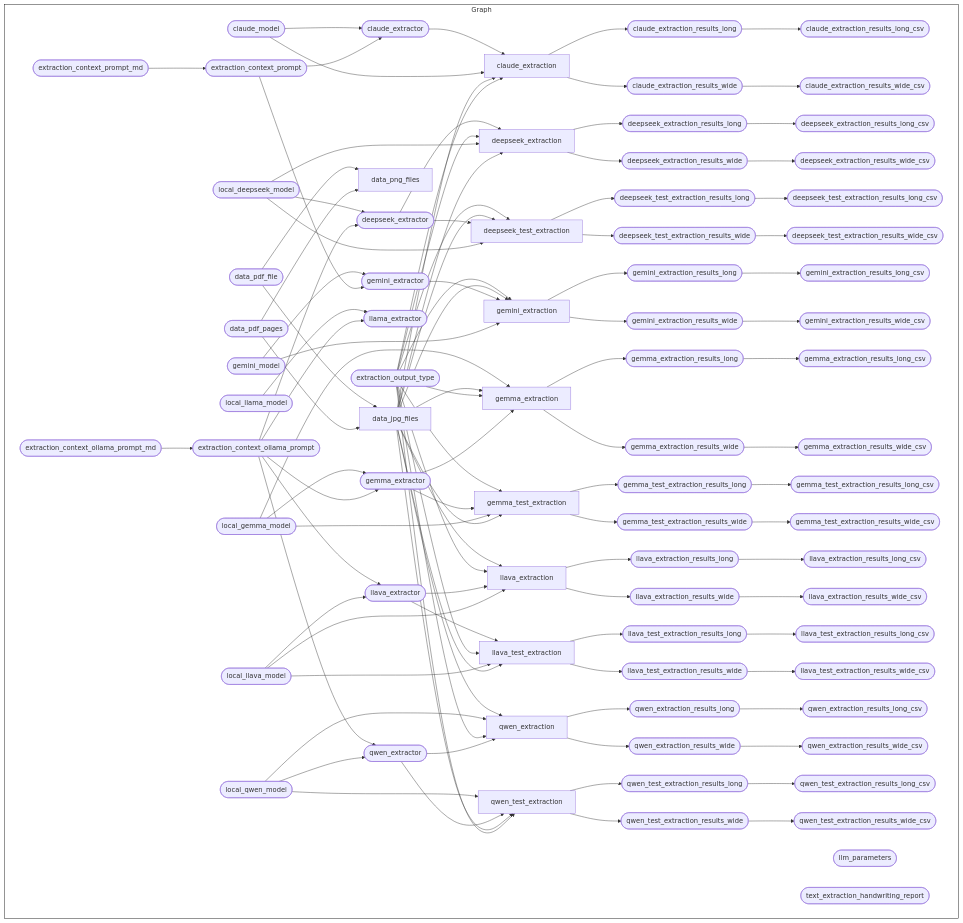
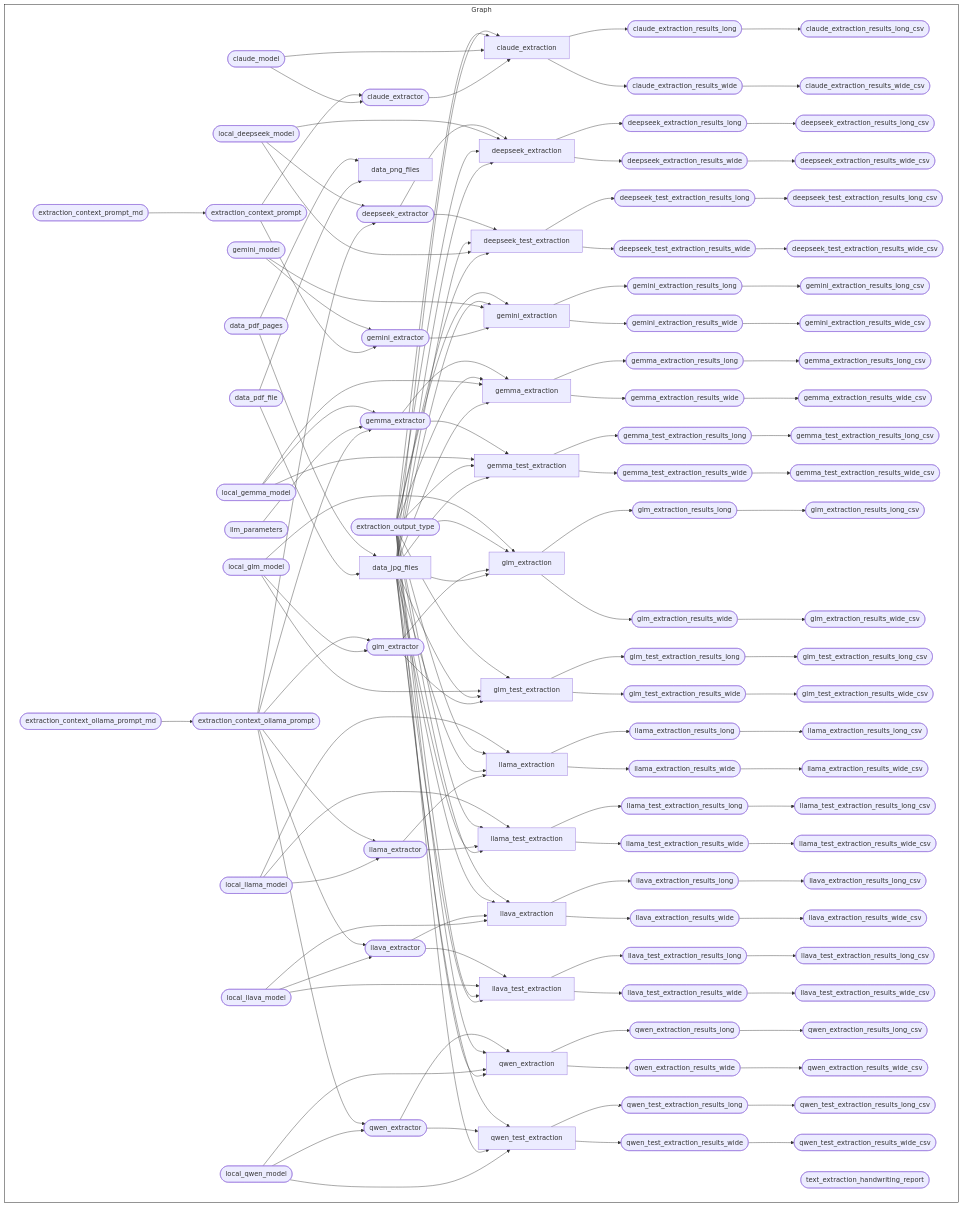
One commit to OxfordIHTM/computer-vision-demo changed the diagram in README.md. Above: the diagram before and after it, drawn with Mermaid. The commit also changed other lines of this file and 2 other files, not shown here.

Commit message:
add glm ocr model

````diff
--- a/README.md
+++ b/README.md
@@ -284,107 +285,141 @@
   style Graph fill:#FFFFFF00,stroke:#000000;
   subgraph Graph
     direction LR
-    x35a7fe2b14fea884(["claude_extractor"]):::skipped --> xbf558aaf2fd08c0e["claude_extraction"]:::completed
-    x39d4d013227f0dc3(["claude_model"]):::skipped --> xbf558aaf2fd08c0e["claude_extraction"]:::completed
-    xcde58b2bce8a2260["data_jpg_files"]:::skipped --> xbf558aaf2fd08c0e["claude_extraction"]:::completed
-    x487a49d42720222c(["extraction_output_type"]):::skipped --> xbf558aaf2fd08c0e["claude_extraction"]:::completed
-    xbf558aaf2fd08c0e["claude_extraction"]:::completed --> xf7e321d17883c5ef(["claude_extraction_results_long"]):::completed
-    xf7e321d17883c5ef(["claude_extraction_results_long"]):::completed --> xf9a93278d27784db(["claude_extraction_results_long_csv"]):::completed
-    xbf558aaf2fd08c0e["claude_extraction"]:::completed --> x2d9238b8268822f3(["claude_extraction_results_wide"]):::completed
-    x2d9238b8268822f3(["claude_extraction_results_wide"]):::completed --> xe433f203ebf8c762(["claude_extraction_results_wide_csv"]):::completed
-    x39d4d013227f0dc3(["claude_model"]):::skipped --> x35a7fe2b14fea884(["claude_extractor"]):::skipped
-    x982a35c892e245ee(["extraction_context_prompt"]):::skipped --> x35a7fe2b14fea884(["claude_extractor"]):::skipped
-    xf64c2f26e3ae28ce(["data_pdf_file"]):::skipped --> xcde58b2bce8a2260["data_jpg_files"]:::skipped
-    xe79485d2cbaf929c(["data_pdf_pages"]):::skipped --> xcde58b2bce8a2260["data_jpg_files"]:::skipped
-    xf64c2f26e3ae28ce(["data_pdf_file"]):::skipped --> x6fd840ed377697c4["data_png_files"]:::queued
-    xe79485d2cbaf929c(["data_pdf_pages"]):::skipped --> x6fd840ed377697c4["data_png_files"]:::queued
+    x35a7fe2b14fea884(["claude_extractor"]):::queued --> xbf558aaf2fd08c0e["claude_extraction"]:::queued
+    x39d4d013227f0dc3(["claude_model"]):::queued --> xbf558aaf2fd08c0e["claude_extraction"]:::queued
+    x487a49d42720222c(["extraction_output_type"]):::queued --> xbf558aaf2fd08c0e["claude_extraction"]:::queued
+    xcde58b2bce8a2260["data_jpg_files"]:::queued --> xbf558aaf2fd08c0e["claude_extraction"]:::queued
+    xbf558aaf2fd08c0e["claude_extraction"]:::queued --> xf7e321d17883c5ef(["claude_extraction_results_long"]):::queued
+    xf7e321d17883c5ef(["claude_extraction_results_long"]):::queued --> xf9a93278d27784db(["claude_extraction_results_long_csv"]):::queued
+    xbf558aaf2fd08c0e["claude_extraction"]:::queued --> x2d9238b8268822f3(["claude_extraction_results_wide"]):::queued
+    x2d9238b8268822f3(["claude_extraction_results_wide"]):::queued --> xe433f203ebf8c762(["claude_extraction_results_wide_csv"]):::queued
+    x39d4d013227f0dc3(["claude_model"]):::queued --> x35a7fe2b14fea884(["claude_extractor"]):::queued
+    x982a35c892e245ee(["extraction_context_prompt"]):::queued --> x35a7fe2b14fea884(["claude_extractor"]):::queued
+    xf64c2f26e3ae28ce(["data_pdf_file"]):::queued --> xcde58b2bce8a2260["data_jpg_files"]:::queued
+    xe79485d2cbaf929c(["data_pdf_pages"]):::queued --> xcde58b2bce8a2260["data_jpg_files"]:::queued
+    xf64c2f26e3ae28ce(["data_pdf_file"]):::queued --> x6fd840ed377697c4["data_png_files"]:::queued
+    xe79485d2cbaf929c(["data_pdf_pages"]):::queued --> x6fd840ed377697c4["data_png_files"]:::queued
+    xcde58b2bce8a2260["data_jpg_files"]:::queued --> xb9f66fc85a4f1ea1["deepseek_extraction"]:::queued
+    x487a49d42720222c(["extraction_output_type"]):::queued --> xb9f66fc85a4f1ea1["deepseek_extraction"]:::queued
+    xb957a37aad5b67c5(["local_deepseek_model"]):::queued --> xb9f66fc85a4f1ea1["deepseek_extraction"]:::queued
     xf407d53739ed0632(["deepseek_extractor"]):::queued --> xb9f66fc85a4f1ea1["deepseek_extraction"]:::queued
-    x487a49d42720222c(["extraction_output_type"]):::skipped --> xb9f66fc85a4f1ea1["deepseek_extraction"]:::queued
-    xb957a37aad5b67c5(["local_deepseek_model"]):::queued --> xb9f66fc85a4f1ea1["deepseek_extraction"]:::queued
-    xcde58b2bce8a2260["data_jpg_files"]:::skipped --> xb9f66fc85a4f1ea1["deepseek_extraction"]:::queued
     xb9f66fc85a4f1ea1["deepseek_extraction"]:::queued --> x9d3427148e3c7932(["deepseek_extraction_results_long"]):::queued
     x9d3427148e3c7932(["deepseek_extraction_results_long"]):::queued --> xe28ab1ac941e0e79(["deepseek_extraction_results_long_csv"]):::queued
     xb9f66fc85a4f1ea1["deepseek_extraction"]:::queued --> x7702ede3c10795a2(["deepseek_extraction_results_wide"]):::queued
     x7702ede3c10795a2(["deepseek_extraction_results_wide"]):::queued --> x3a91cc767d5c7ea7(["deepseek_extraction_results_wide_csv"]):::queued
+    xd80b74a2359c73d0(["extraction_context_ollama_prompt"]):::queued --> xf407d53739ed0632(["deepseek_extractor"]):::queued
     xb957a37aad5b67c5(["local_deepseek_model"]):::queued --> xf407d53739ed0632(["deepseek_extractor"]):::queued
-    xd80b74a2359c73d0(["extraction_context_ollama_prompt"]):::queued --> xf407d53739ed0632(["deepseek_extractor"]):::queued
-    x487a49d42720222c(["extraction_output_type"]):::skipped --> xe59d676cc895fc8f["deepseek_test_extraction"]:::queued
-    xcde58b2bce8a2260["data_jpg_files"]:::skipped --> xe59d676cc895fc8f["deepseek_test_extraction"]:::queued
+    x487a49d42720222c(["extraction_output_type"]):::queued --> xe59d676cc895fc8f["deepseek_test_extraction"]:::queued
+    xb957a37aad5b67c5(["local_deepseek_model"]):::queued --> xe59d676cc895fc8f["deepseek_test_extraction"]:::queued
+    xcde58b2bce8a2260["data_jpg_files"]:::queued --> xe59d676cc895fc8f["deepseek_test_extraction"]:::queued
     xf407d53739ed0632(["deepseek_extractor"]):::queued --> xe59d676cc895fc8f["deepseek_test_extraction"]:::queued
-    xb957a37aad5b67c5(["local_deepseek_model"]):::queued --> xe59d676cc895fc8f["deepseek_test_extraction"]:::queued
     xe59d676cc895fc8f["deepseek_test_extraction"]:::queued --> x6c665d10c6870385(["deepseek_test_extraction_results_long"]):::queued
     x6c665d10c6870385(["deepseek_test_extraction_results_long"]):::queued --> x30ec6b0f291bd945(["deepseek_test_extraction_results_long_csv"]):::queued
     xe59d676cc895fc8f["deepseek_test_extraction"]:::queued --> xa451048dda449ee3(["deepseek_test_extraction_results_wide"]):::queued
     xa451048dda449ee3(["deepseek_test_extraction_results_wide"]):::queued --> x4225704dcf8d5b90(["deepseek_test_extraction_results_wide_csv"]):::queued
     x19b243cb36860f10(["extraction_context_ollama_prompt_md"]):::queued --> xd80b74a2359c73d0(["extraction_context_ollama_prompt"]):::queued
-    xa765f8be0f1473b7(["extraction_context_prompt_md"]):::skipped --> x982a35c892e245ee(["extraction_context_prompt"]):::skipped
-    x487a49d42720222c(["extraction_output_type"]):::skipped --> xd63226de7dd05e61["gemini_extraction"]:::queued
-    xcde58b2bce8a2260["data_jpg_files"]:::skipped --> xd63226de7dd05e61["gemini_extraction"]:::queued
+    xa765f8be0f1473b7(["extraction_context_prompt_md"]):::queued --> x982a35c892e245ee(["extraction_context_prompt"]):::queued
     x8cb7c7e0b9710ea2(["gemini_extractor"]):::queued --> xd63226de7dd05e61["gemini_extraction"]:::queued
     x672b0658cd7f304b(["gemini_model"]):::queued --> xd63226de7dd05e61["gemini_extraction"]:::queued
+    xcde58b2bce8a2260["data_jpg_files"]:::queued --> xd63226de7dd05e61["gemini_extraction"]:::queued
+    x487a49d42720222c(["extraction_output_type"]):::queued --> xd63226de7dd05e61["gemini_extraction"]:::queued
     xd63226de7dd05e61["gemini_extraction"]:::queued --> x74163c06113c69a6(["gemini_extraction_results_long"]):::queued
     x74163c06113c69a6(["gemini_extraction_results_long"]):::queued --> xe689a9e1837e69cd(["gemini_extraction_results_long_csv"]):::queued
     xd63226de7dd05e61["gemini_extraction"]:::queued --> x42136a1fb4ba6630(["gemini_extraction_results_wide"]):::queued
     x42136a1fb4ba6630(["gemini_extraction_results_wide"]):::queued --> xdc3f4afed08325fd(["gemini_extraction_results_wide_csv"]):::queued
+    x982a35c892e245ee(["extraction_context_prompt"]):::queued --> x8cb7c7e0b9710ea2(["gemini_extractor"]):::queued
     x672b0658cd7f304b(["gemini_model"]):::queued --> x8cb7c7e0b9710ea2(["gemini_extractor"]):::queued
-    x982a35c892e245ee(["extraction_context_prompt"]):::skipped --> x8cb7c7e0b9710ea2(["gemini_extractor"]):::queued
+    xcde58b2bce8a2260["data_jpg_files"]:::queued --> x2f31c96882d08d36["gemma_extraction"]:::queued
     xba597cd142706396(["local_gemma_model"]):::queued --> x2f31c96882d08d36["gemma_extraction"]:::queued
-    xcde58b2bce8a2260["data_jpg_files"]:::skipped --> x2f31c96882d08d36["gemma_extraction"]:::queued
-    x487a49d42720222c(["extraction_output_type"]):::skipped --> x2f31c96882d08d36["gemma_extraction"]:::queued
+    x487a49d42720222c(["extraction_output_type"]):::queued --> x2f31c96882d08d36["gemma_extraction"]:::queued
     xbdacf1efe57d11ba(["gemma_extractor"]):::queued --> x2f31c96882d08d36["gemma_extraction"]:::queued
     x2f31c96882d08d36["gemma_extraction"]:::queued --> x7e34c15b1d973e25(["gemma_extraction_results_long"]):::queued
     x7e34c15b1d973e25(["gemma_extraction_results_long"]):::queued --> x8a71c7458dd683e5(["gemma_extraction_results_long_csv"]):::queued
     x2f31c96882d08d36["gemma_extraction"]:::queued --> xa07b32cf519821a0(["gemma_extraction_results_wide"]):::queued
     xa07b32cf519821a0(["gemma_extraction_results_wide"]):::queued --> x5519b8ccb400447f(["gemma_extraction_results_wide_csv"]):::queued
+    xd80b74a2359c73d0(["extraction_context_ollama_prompt"]):::queued --> xbdacf1efe57d11ba(["gemma_extractor"]):::queued
+    xa87a62a227d5e627(["llm_parameters"]):::queued --> xbdacf1efe57d11ba(["gemma_extractor"]):::queued
     xba597cd142706396(["local_gemma_model"]):::queued --> xbdacf1efe57d11ba(["gemma_extractor"]):::queued
-    xd80b74a2359c73d0(["extraction_context_ollama_prompt"]):::queued --> xbdacf1efe57d11ba(["gemma_extractor"]):::queued
-    x487a49d42720222c(["extraction_output_type"]):::skipped --> x883eafa12b623704["gemma_test_extraction"]:::queued
+    xcde58b2bce8a2260["data_jpg_files"]:::queued --> x883eafa12b623704["gemma_test_extraction"]:::queued
+    x487a49d42720222c(["extraction_output_type"]):::queued --> x883eafa12b623704["gemma_test_extraction"]:::queued
+    xba597cd142706396(["local_gemma_model"]):::queued --> x883eafa12b623704["gemma_test_extraction"]:::queued
     xbdacf1efe57d11ba(["gemma_extractor"]):::queued --> x883eafa12b623704["gemma_test_extraction"]:::queued
-    xba597cd142706396(["local_gemma_model"]):::queued --> x883eafa12b623704["gemma_test_extraction"]:::queued
-    xcde58b2bce8a2260["data_jpg_files"]:::skipped --> x883eafa12b623704["gemma_test_extraction"]:::queued
     x883eafa12b623704["gemma_test_extraction"]:::queued --> x36d8fe351758d6a9(["gemma_test_extraction_results_long"]):::queued
     x36d8fe351758d6a9(["gemma_test_extraction_results_long"]):::queued --> x1ec973b6bac53778(["gemma_test_extraction_results_long_csv"]):::queued
     x883eafa12b623704["gemma_test_extraction"]:::queued --> x0ce1edbb890bba38(["gemma_test_extraction_results_wide"]):::queued
     x0ce1edbb890bba38(["gemma_test_extraction_results_wide"]):::queued --> x387ba000a6d84241(["gemma_test_extraction_results_wide_csv"]):::queued
-    x99f03a7148fda570(["local_llama_model"]):::queued --> xf54b87b127ae79c8(["llama_extractor"]):::queued
+    xcde58b2bce8a2260["data_jpg_files"]:::queued --> x16d463649734b662["glm_extraction"]:::queued
+    x86c1ea9adbe526ba(["glm_extractor"]):::queued --> x16d463649734b662["glm_extraction"]:::queued
+    x487a49d42720222c(["extraction_output_type"]):::queued --> x16d463649734b662["glm_extraction"]:::queued
+    x4d89d139c5b326de(["local_glm_model"]):::queued --> x16d463649734b662["glm_extraction"]:::queued
+    x16d463649734b662["glm_extraction"]:::queued --> xea469485e132180a(["glm_extraction_results_long"]):::queued
+    xea469485e132180a(["glm_extraction_results_long"]):::queued --> x94e7816a48cab831(["glm_extraction_results_long_csv"]):::queued
+    x16d463649734b662["glm_extraction"]:::queued --> x5b5646c0e0b8357c(["glm_extraction_results_wide"]):::queued
+    x5b5646c0e0b8357c(["glm_extraction_results_wide"]):::queued --> x65cac5bbc46a6866(["glm_extraction_results_wide_csv"]):::queued
+    x4d89d139c5b326de(["local_glm_model"]):::queued --> x86c1ea9adbe526ba(["glm_extractor"]):::queued
+    xd80b74a2359c73d0(["extraction_context_ollama_prompt"]):::queued --> x86c1ea9adbe526ba(["glm_extractor"]):::queued
+    x86c1ea9adbe526ba(["glm_extractor"]):::queued --> x18f94be61c65c2fd["glm_test_extraction"]:::queued
+    xcde58b2bce8a2260["data_jpg_files"]:::queued --> x18f94be61c65c2fd["glm_test_extraction"]:::queued
+    x4d89d139c5b326de(["local_glm_model"]):::queued --> x18f94be61c65c2fd["glm_test_extraction"]:::queued
+    x487a49d42720222c(["extraction_output_type"]):::queued --> x18f94be61c65c2fd["glm_test_extraction"]:::queued
+    x18f94be61c65c2fd["glm_test_extraction"]:::queued --> xd195f9768e5f43b3(["glm_test_extraction_results_long"]):::queued
+    xd195f9768e5f43b3(["glm_test_extraction_results_long"]):::queued --> x840452a4fd047653(["glm_test_extraction_results_long_csv"]):::queued
+    x18f94be61c65c2fd["glm_test_extraction"]:::queued --> x6f8f06066ae7ae2d(["glm_test_extraction_results_wide"]):::queued
+    x6f8f06066ae7ae2d(["glm_test_extraction_results_wide"]):::queued --> x7765a5c130a4f578(["glm_test_extraction_results_wide_csv"]):::queued
+    xf54b87b127ae79c8(["llama_extractor"]):::queued --> x6f31f87e06ee8820["llama_extraction"]:::queued
+    xcde58b2bce8a2260["data_jpg_files"]:::queued --> x6f31f87e06ee8820["llama_extraction"]:::queued
+    x487a49d42720222c(["extraction_output_type"]):::queued --> x6f31f87e06ee8820["llama_extraction"]:::queued
+    x99f03a7148fda570(["local_llama_model"]):::completed --> x6f31f87e06ee8820["llama_extraction"]:::queued
+    x6f31f87e06ee8820["llama_extraction"]:::queued --> x74791c0b6358b98f(["llama_extraction_results_long"]):::queued
+    x74791c0b6358b98f(["llama_extraction_results_long"]):::queued --> x99a3eb2c47cbd1a4(["llama_extraction_results_long_csv"]):::queued
+    x6f31f87e06ee8820["llama_extraction"]:::queued --> xc16268b45142fae1(["llama_extraction_results_wide"]):::queued
+    xc16268b45142fae1(["llama_extraction_results_wide"]):::queued --> x7d3021936e3da253(["llama_extraction_results_wide_csv"]):::queued
+    x99f03a7148fda570(["local_llama_model"]):::completed --> xf54b87b127ae79c8(["llama_extractor"]):::queued
     xd80b74a2359c73d0(["extraction_context_ollama_prompt"]):::queued --> xf54b87b127ae79c8(["llama_extractor"]):::queued
-    xcde58b2bce8a2260["data_jpg_files"]:::skipped --> x7d2a167978f3a966["llava_extraction"]:::queued
-    x487a49d42720222c(["extraction_output_type"]):::skipped --> x7d2a167978f3a966["llava_extraction"]:::queued
+    xcde58b2bce8a2260["data_jpg_files"]:::queued --> x292cd34918802a30["llama_test_extraction"]:::queued
+    xf54b87b127ae79c8(["llama_extractor"]):::queued --> x292cd34918802a30["llama_test_extraction"]:::queued
+    x487a49d42720222c(["extraction_output_type"]):::queued --> x292cd34918802a30["llama_test_extraction"]:::queued
+    x99f03a7148fda570(["local_llama_model"]):::completed --> x292cd34918802a30["llama_test_extraction"]:::queued
+    x292cd34918802a30["llama_test_extraction"]:::queued --> xb195ded487b977ce(["llama_test_extraction_results_long"]):::queued
+    xb195ded487b977ce(["llama_test_extraction_results_long"]):::queued --> x550e0ece622c7bdc(["llama_test_extraction_results_long_csv"]):::queued
+    x292cd34918802a30["llama_test_extraction"]:::queued --> x5abecee1789838c7(["llama_test_extraction_results_wide"]):::queued
+    x5abecee1789838c7(["llama_test_extraction_results_wide"]):::queued --> x4ef467aedd875f25(["llama_test_extraction_results_wide_csv"]):::queued
+    x0621d4c5bb5ff06b(["local_llava_model"]):::queued --> x7d2a167978f3a966["llava_extraction"]:::queued
     x0de051b4924b82bb(["llava_extractor"]):::queued --> x7d2a167978f3a966["llava_extraction"]:::queued
-    x0621d4c5bb5ff06b(["local_llava_model"]):::queued --> x7d2a167978f3a966["llava_extraction"]:::queued
+    xcde58b2bce8a2260["data_jpg_files"]:::queued --> x7d2a167978f3a966["llava_extraction"]:::queued
+    x487a49d42720222c(["extraction_output_type"]):::queued --> x7d2a167978f3a966["llava_extraction"]:::queued
     x7d2a167978f3a966["llava_extraction"]:::queued --> x3a0b0dbad48893f7(["llava_extraction_results_long"]):::queued
     x3a0b0dbad48893f7(["llava_extraction_results_long"]):::queued --> x75c092d2404cb20e(["llava_extraction_results_long_csv"]):::queued
     x7d2a167978f3a966["llava_extraction"]:::queued --> x262523e0f122aefe(["llava_extraction_results_wide"]):::queued
     x262523e0f122aefe(["llava_extraction_results_wide"]):::queued --> x548ef0395fb55db8(["llava_extraction_results_wide_csv"]):::queued
+    x0621d4c5bb5ff06b(["local_llava_model"]):::queued --> x0de051b4924b82bb(["llava_extractor"]):::queued
     xd80b74a2359c73d0(["extraction_context_ollama_prompt"]):::queued --> x0de051b4924b82bb(["llava_extractor"]):::queued
-    x0621d4c5bb5ff06b(["local_llava_model"]):::queued --> x0de051b4924b82bb(["llava_extractor"]):::queued
+    xcde58b2bce8a2260["data_jpg_files"]:::queued --> x9b13583cb72b43c0["llava_test_extraction"]:::queued
+    x487a49d42720222c(["extraction_output_type"]):::queued --> x9b13583cb72b43c0["llava_test_extraction"]:::queued
+    x0621d4c5bb5ff06b(["local_llava_model"]):::queued --> x9b13583cb72b43c0["llava_test_extraction"]:::queued
     x0de051b4924b82bb(["llava_extractor"]):::queued --> x9b13583cb72b43c0["llava_test_extraction"]:::queued
-    x487a49d42720222c(["extraction_output_type"]):::skipped --> x9b13583cb72b43c0["llava_test_extraction"]:::queued
-    x0621d4c5bb5ff06b(["local_llava_model"]):::queued --> x9b13583cb72b43c0["llava_test_extraction"]:::queued
-    xcde58b2bce8a2260["data_jpg_files"]:::skipped --> x9b13583cb72b43c0["llava_test_extraction"]:::queued
     x9b13583cb72b43c0["llava_test_extraction"]:::queued --> x319f594111601f0f(["llava_test_extraction_results_long"]):::queued
     x319f594111601f0f(["llava_test_extraction_results_long"]):::queued --> x2dacde614d6a9bfc(["llava_test_extraction_results_long_csv"]):::queued
     x9b13583cb72b43c0["llava_test_extraction"]:::queued --> x43c3f787880b2df8(["llava_test_extraction_results_wide"]):::queued
     x43c3f787880b2df8(["llava_test_extraction_results_wide"]):::queued --> xb18bb5f97a082448(["llava_test_extraction_results_wide_csv"]):::queued
-    xcde58b2bce8a2260["data_jpg_files"]:::skipped --> x5548d9f90749db86["qwen_extraction"]:::queued
+    xcde58b2bce8a2260["data_jpg_files"]:::queued --> x5548d9f90749db86["qwen_extraction"]:::queued
     x01ce8cbced893885(["local_qwen_model"]):::queued --> x5548d9f90749db86["qwen_extraction"]:::queued
-    x487a49d42720222c(["extraction_output_type"]):::skipped --> x5548d9f90749db86["qwen_extraction"]:::queued
+    x487a49d42720222c(["extraction_output_type"]):::queued --> x5548d9f90749db86["qwen_extraction"]:::queued
     x15a3fb4d9a651239(["qwen_extractor"]):::queued --> x5548d9f90749db86["qwen_extraction"]:::queued
     x5548d9f90749db86["qwen_extraction"]:::queued --> xa114d4d648a2a1db(["qwen_extraction_results_long"]):::queued
     xa114d4d648a2a1db(["qwen_extraction_results_long"]):::queued --> x6fcfa845364f7247(["qwen_extraction_results_long_csv"]):::queued
     x5548d9f90749db86["qwen_extraction"]:::queued --> xe9a3b44daee2cf8f(["qwen_extraction_results_wide"]):::queued
     xe9a3b44daee2cf8f(["qwen_extraction_results_wide"]):::queued --> x16e36df12993dae3(["qwen_extraction_results_wide_csv"]):::queued
+    x01ce8cbced893885(["local_qwen_model"]):::queued --> x15a3fb4d9a651239(["qwen_extractor"]):::queued
     xd80b74a2359c73d0(["extraction_context_ollama_prompt"]):::queued --> x15a3fb4d9a651239(["qwen_extractor"]):::queued
-    x01ce8cbced893885(["local_qwen_model"]):::queued --> x15a3fb4d9a651239(["qwen_extractor"]):::queued
     x01ce8cbced893885(["local_qwen_model"]):::queued --> xd726feef05e5de04["qwen_test_extraction"]:::queued
+    x487a49d42720222c(["extraction_output_type"]):::queued --> xd726feef05e5de04["qwen_test_extraction"]:::queued
     x15a3fb4d9a651239(["qwen_extractor"]):::queued --> xd726feef05e5de04["qwen_test_extraction"]:::queued
-    xcde58b2bce8a2260["data_jpg_files"]:::skipped --> xd726feef05e5de04["qwen_test_extraction"]:::queued
-    x487a49d42720222c(["extraction_output_type"]):::skipped --> xd726feef05e5de04["qwen_test_extraction"]:::queued
+    xcde58b2bce8a2260["data_jpg_files"]:::queued --> xd726feef05e5de04["qwen_test_extraction"]:::queued
     xd726feef05e5de04["qwen_test_extraction"]:::queued --> xf4353db910e1d59b(["qwen_test_extraction_results_long"]):::queued
     xf4353db910e1d59b(["qwen_test_extraction_results_long"]):::queued --> x3988122db08b148d(["qwen_test_extraction_results_long_csv"]):::queued
     xd726feef05e5de04["qwen_test_extraction"]:::queued --> x51c9e4dda51c1eea(["qwen_test_extraction_results_wide"]):::queued
     x51c9e4dda51c1eea(["qwen_test_extraction_results_wide"]):::queued --> x1b039eada4aea116(["qwen_test_extraction_results_wide_csv"]):::queued
-    xa87a62a227d5e627(["llm_parameters"]):::queued
     xec2d391ea0f39691(["text_extraction_handwriting_report"]):::queued
   end
 ```
````
